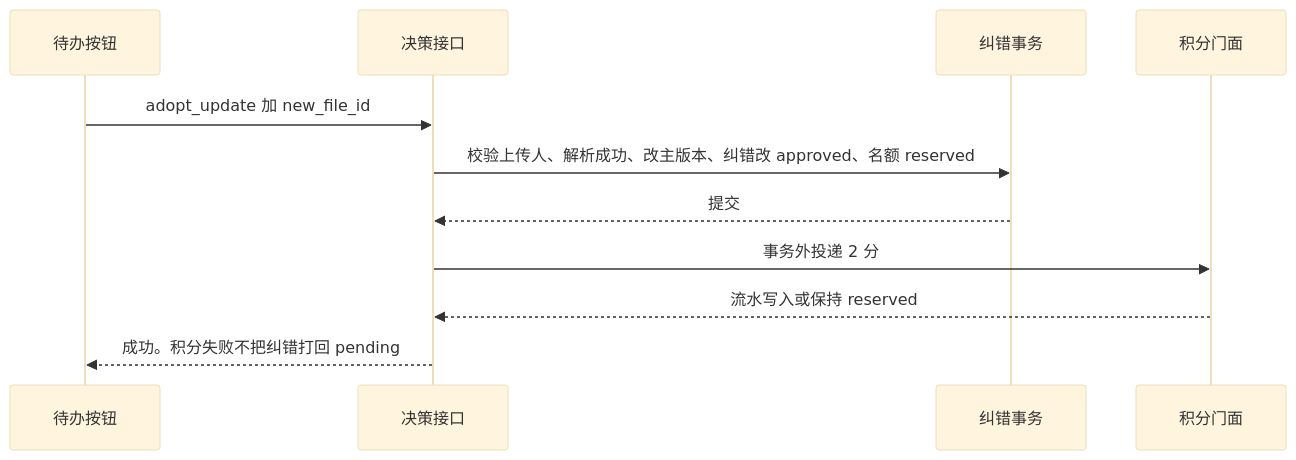
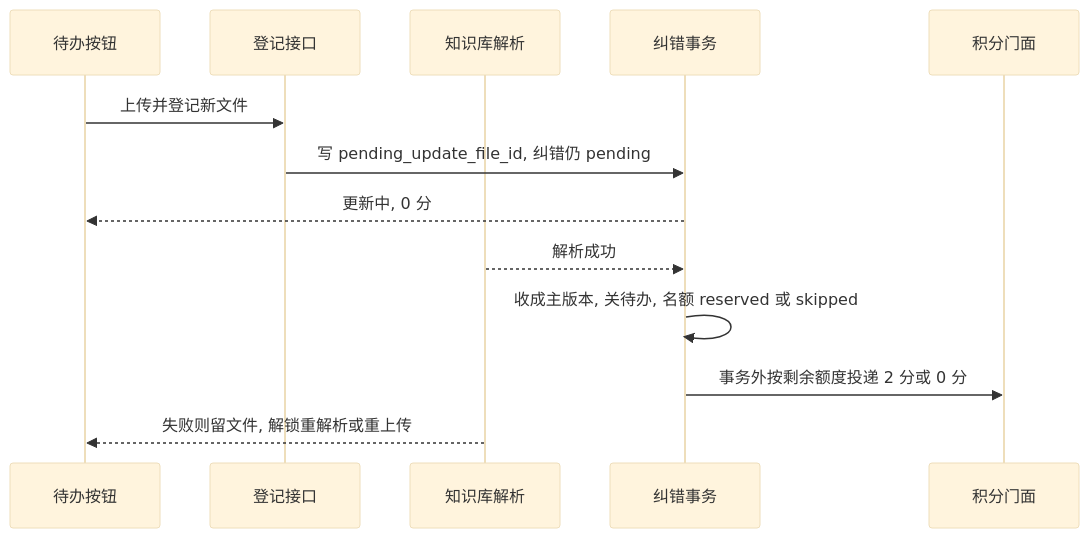
The second of 5 diagrams in features/v2.6.0/070-points-system/file-correction/design-technical-rfc.md (dataelement/bisheng), drawn with Mermaid (base theme) before and after one commit. The commit also changed other lines of this file and 14 other files, not shown here.

````diff
--- a/features/v2.6.0/070-points-system/file-correction/design-technical-rfc.md
+++ b/features/v2.6.0/070-points-system/file-correction/design-technical-rfc.md
@@ -130,13 +130,15 @@
 ```mermaid
 sequenceDiagram
   participant UI as 待办按钮
-  participant API as 决策接口
+  participant REG as 登记接口
+  participant PARSE as 知识库解析
   participant TX as 纠错事务
   participant PTS as 积分门面
-  UI->>API: adopt_update 加 new_file_id
-  API->>TX: 校验上传人、解析成功、改主版本、纠错改 approved、名额 reserved
-  TX-->>API: 提交
-  API->>PTS: 事务外投递 2 分
-  PTS-->>API: 流水写入或保持 reserved
-  API-->>UI: 成功。积分失败不把纠错打回 pending
+  UI->>REG: 上传并登记新文件
+  REG->>TX: 写 pending_update_file_id, 纠错仍 pending
+  TX-->>UI: 更新中, 0 分
+  PARSE-->>TX: 解析成功
+  TX->>TX: 收成主版本, 关待办, 名额 reserved 或 skipped
+  TX->>PTS: 事务外按剩余额度投递 2 分或 0 分
+  PARSE-->>UI: 失败则留文件, 解锁重解析或重上传
 ```
````
